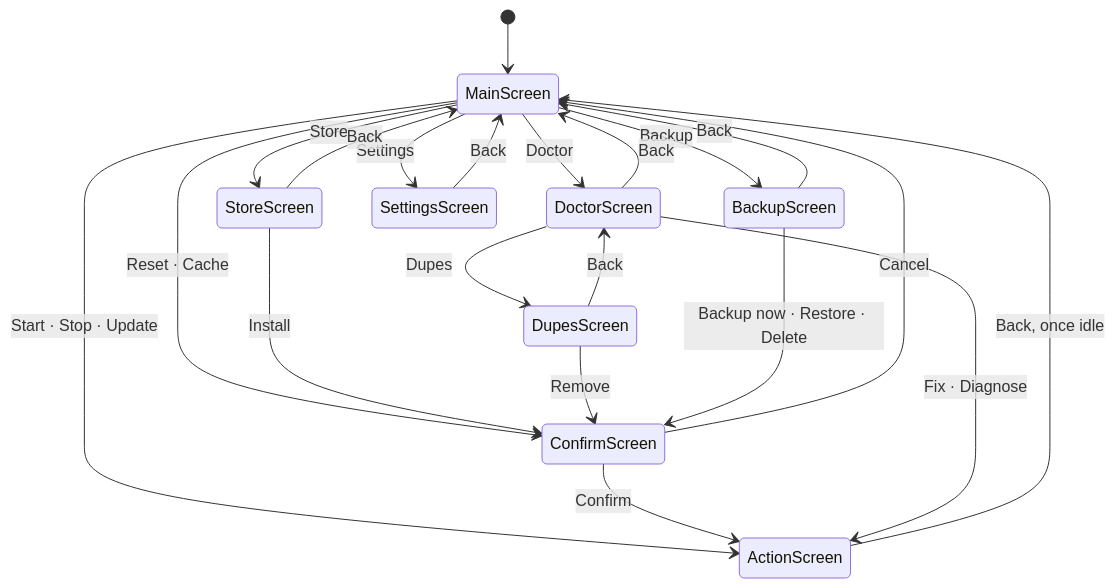
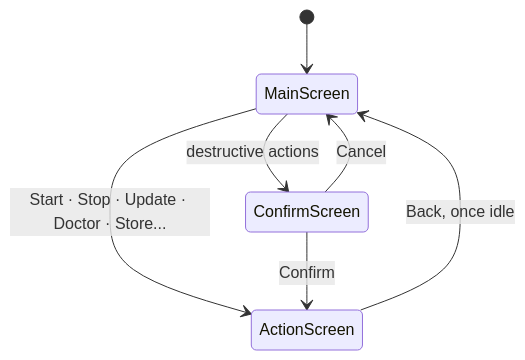
Before and after one commit to arinadi/XLabs: the second of 3 diagrams in README.md, drawn with Mermaid. The commit also changed other lines of this file, not shown here.

First line of the commit message:
docs: cut README length and simplify diagrams

````diff
--- a/README.md
+++ b/README.md
@@ -148,28 +120,9 @@
 ```mermaid
 stateDiagram-v2
     [*] --> MainScreen
-
-    MainScreen --> ActionScreen: Start · Stop · Update
-    MainScreen --> DoctorScreen: Doctor
-    MainScreen --> StoreScreen: Store
-    MainScreen --> BackupScreen: Backup
-    MainScreen --> SettingsScreen: Settings
-    MainScreen --> ConfirmScreen: Reset · Cache
-
-    StoreScreen --> ConfirmScreen: Install
-    DoctorScreen --> DupesScreen: Dupes
-    DupesScreen --> ConfirmScreen: Remove
-    BackupScreen --> ConfirmScreen: Backup now · Restore · Delete
-
+    MainScreen --> ActionScreen: Start · Stop · Update · Doctor · Store...
+    MainScreen --> ConfirmScreen: destructive actions
+    ConfirmScreen --> ActionScreen: Confirm
     ConfirmScreen --> MainScreen: Cancel
-    ConfirmScreen --> ActionScreen: Confirm
-
-    DoctorScreen --> ActionScreen: Fix · Diagnose
-
-    StoreScreen --> MainScreen: Back
-    DoctorScreen --> MainScreen: Back
-    DupesScreen --> DoctorScreen: Back
-    BackupScreen --> MainScreen: Back
-    SettingsScreen --> MainScreen: Back
     ActionScreen --> MainScreen: Back, once idle
 ```
````
